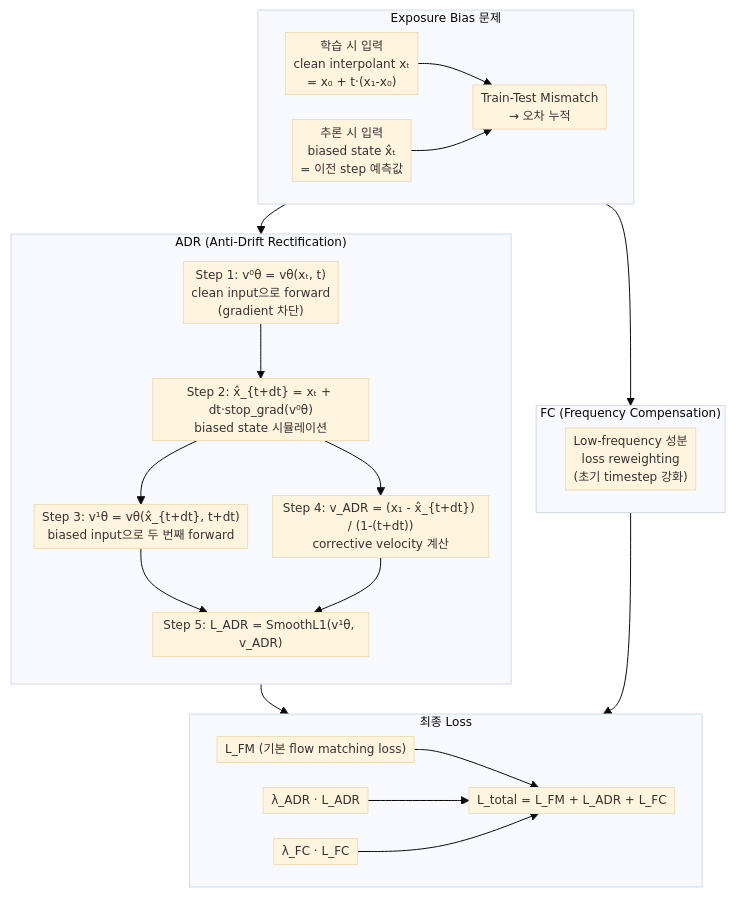
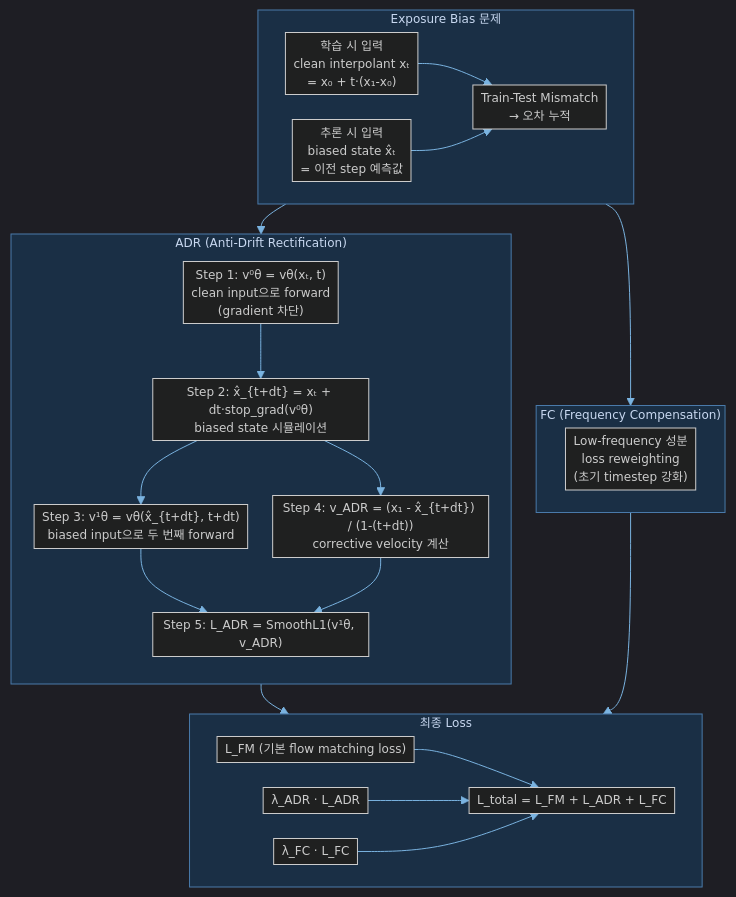
Before and after one commit to rlaalswhd199/PARA-vault: the diagram in 1_Projects/Crypticflow/Reading_Notes/Paper_ReflexFlow25_ADR.md, drawn with Mermaid. The commit also changed other lines of this file and 32 other files, not shown here.

````diff
--- a/1_Projects/Crypticflow/Reading_Notes/Paper_ReflexFlow25_ADR.md
+++ b/1_Projects/Crypticflow/Reading_Notes/Paper_ReflexFlow25_ADR.md
@@ -24,36 +19,36 @@
 ```mermaid
-%%{init: {'theme':'base', 'flowchart': {'htmlLabels': false, 'curve': 'basis', 'nodeSpacing': 25, 'rankSpacing': 30, 'padding': 4, 'useMaxWidth': true}, 'themeVariables': {'fontSize': '12px'}}}%%
+%%{init: {'theme':'dark', 'flowchart': {'htmlLabels': true, 'curve': 'basis', 'nodeSpacing': 25, 'rankSpacing': 30, 'padding': 4, 'useMaxWidth': true}, 'themeVariables': {'fontSize': '12px', 'primaryColor': '#2d4a6e', 'primaryTextColor': '#e8eaf0', 'primaryBorderColor': '#5a8abf', 'lineColor': '#7ab3e0', 'secondaryColor': '#1e3a5a', 'tertiaryColor': '#162840', 'clusterBkg': '#1a2f45', 'clusterBorder': '#4a7aaa', 'titleColor': '#c8d8f0', 'edgeLabelBackground': '#1a2f45', 'nodeTextColor': '#e8eaf0'}}}%%
 flowchart TB
     subgraph PROBLEM2["Exposure Bias 문제"]
-        TRAIN_IN["학습 시 입력\nclean interpolant xₜ\n= x₀ + t·(x₁-x₀)"]
-        INFER_IN["추론 시 입력\nbiased state x̂ₜ\n= 이전 step 예측값"]
-        MISMATCH["Train-Test Mismatch\n→ 오차 누적"]
+        TRAIN_IN["학습 시 입력<br/>clean interpolant xₜ<br/>= x₀ + t·(x₁-x₀)"]
+        INFER_IN["추론 시 입력<br/>biased state x̂ₜ<br/>= 이전 step 예측값"]
+        MISMATCH["Train-Test Mismatch<br/>→ 오차 누적"]
         TRAIN_IN & INFER_IN --> MISMATCH
     end
 
     subgraph ADR["ADR (Anti-Drift Rectification)"]
         direction TB
-        STEP1["Step 1: v⁰θ = vθ(xₜ, t)\nclean input으로 forward\n(gradient 차단)"]
-        STEP2["Step 2: x̂_{t+dt} = xₜ + dt·stop_grad(v⁰θ)\nbiased state 시뮬레이션"]
-        STEP3["Step 3: v¹θ = vθ(x̂_{t+dt}, t+dt)\nbiased input으로 두 번째 forward"]
-        STEP4["Step 4: v_ADR = (x₁ - x̂_{t+dt}) / (1-(t+dt))\ncorrective velocity 계산"]
+        STEP1["Step 1: v⁰θ = vθ(xₜ, t)<br/>clean input으로 forward<br/>(gradient 차단)"]
+        STEP2["Step 2: x̂_{t+dt} = xₜ + dt·stop_grad(v⁰θ)<br/>biased state 시뮬레이션"]
+        STEP3["Step 3: v¹θ = vθ(x̂_{t+dt}, t+dt)<br/>biased input으로 두 번째 forward"]
+        STEP4["Step 4: v_ADR = (x₁ - x̂_{t+dt}) / (1-(t+dt))<br/>corrective velocity 계산"]
         STEP5["Step 5: L_ADR = SmoothL1(v¹θ, v_ADR)"]
         STEP1 --> STEP2 --> STEP3 & STEP4 --> STEP5
     end
 
     subgraph FC["FC (Frequency Compensation)"]
-        REWEIGHT["Low-frequency 성분\nloss reweighting\n(초기 timestep 강화)"]
+        REWEIGHT["Low-frequency 성분<br/>loss reweighting<br/>(초기 timestep 강화)"]
     end
 
     subgraph TOTAL_LOSS["최종 Loss"]
         LFM["L_FM (기본 flow matching loss)"]
         LADR["λ_ADR · L_ADR"]
         LFC["λ_FC · L_FC"]
         LTOTAL["L_total = L_FM + L_ADR + L_FC"]
         LFM & LADR & LFC --> LTOTAL
     end
 
     PROBLEM2 --> ADR & FC
     ADR --> TOTAL_LOSS
     FC --> TOTAL_LOSS
 ```
````
